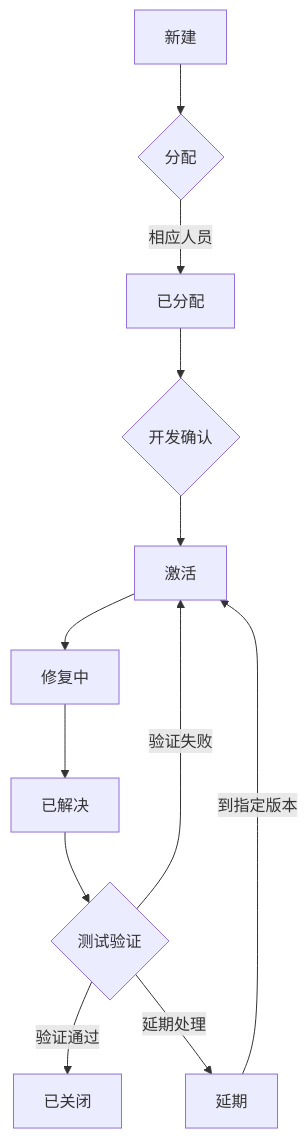
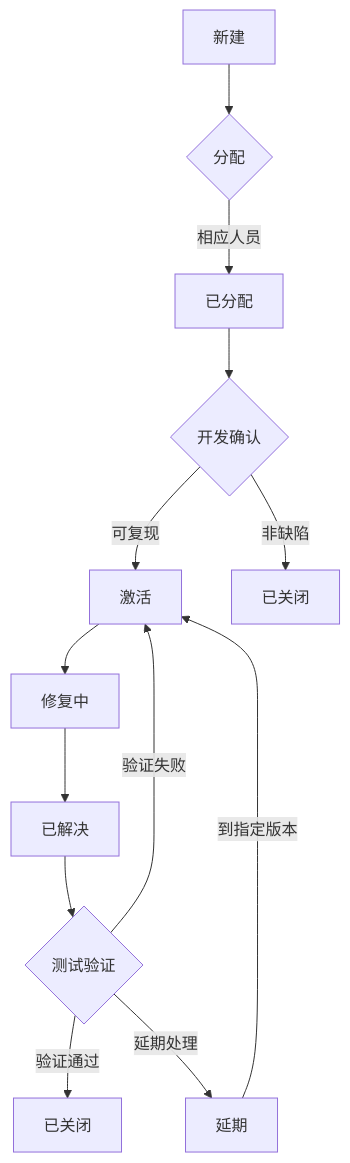
The diagram in 测试学习/Bug管理规范.md (oliver2981/Intern), drawn with Mermaid before and after one commit.

````diff
--- a/测试学习/Bug管理规范.md
+++ b/测试学习/Bug管理规范.md
@@ -34,14 +34,15 @@
 ```mermaid
 graph TD
     A[新建] --> B{分配}
     B -->|相应人员| C[已分配]
     C --> D{开发确认}
-    D -->E[激活]
+    D -->|可复现| E[激活]
+    D -->|非缺陷| F[已关闭]
     E --> H[修复中]
     H --> I[已解决]
     I --> J{测试验证}
     J -->|验证通过| K[已关闭]
     J -->|验证失败| E
     J -->|延期处理| L[延期]
     L -->|到指定版本| E
 ```
````
